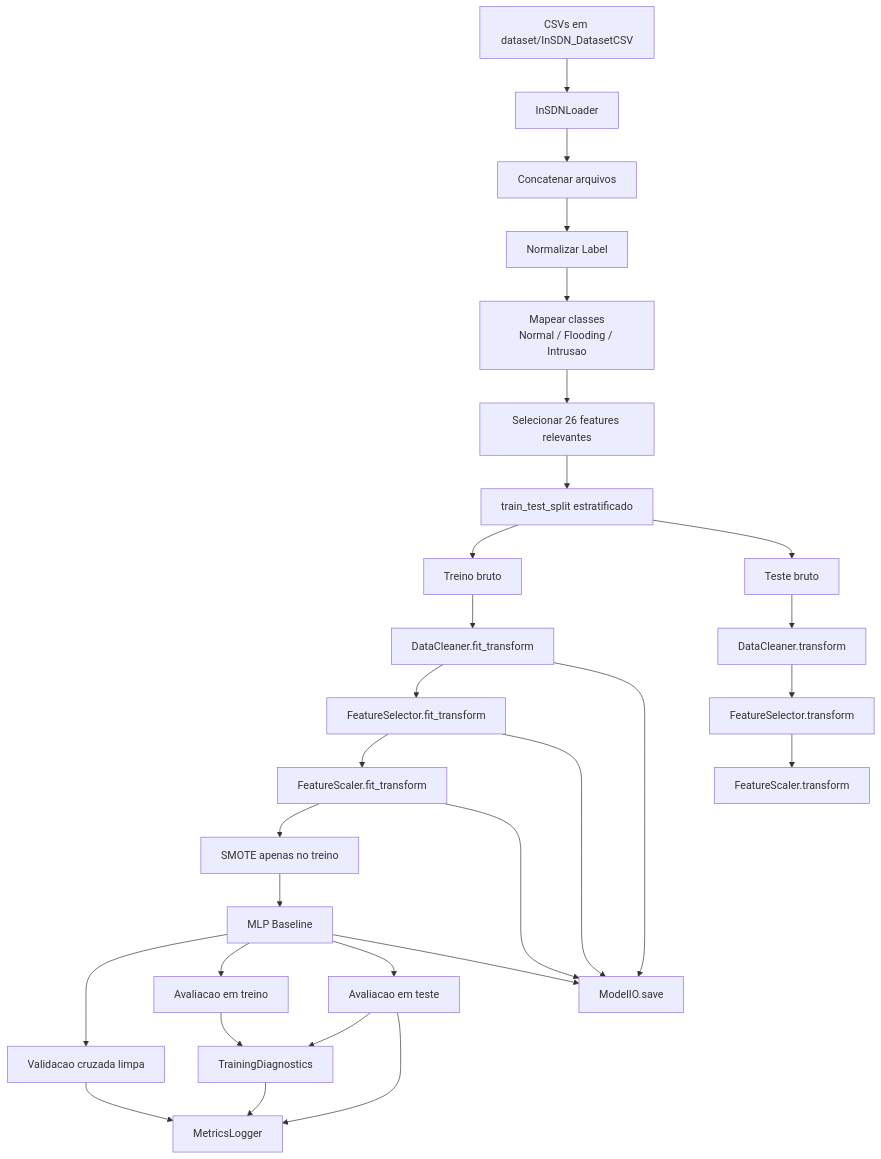
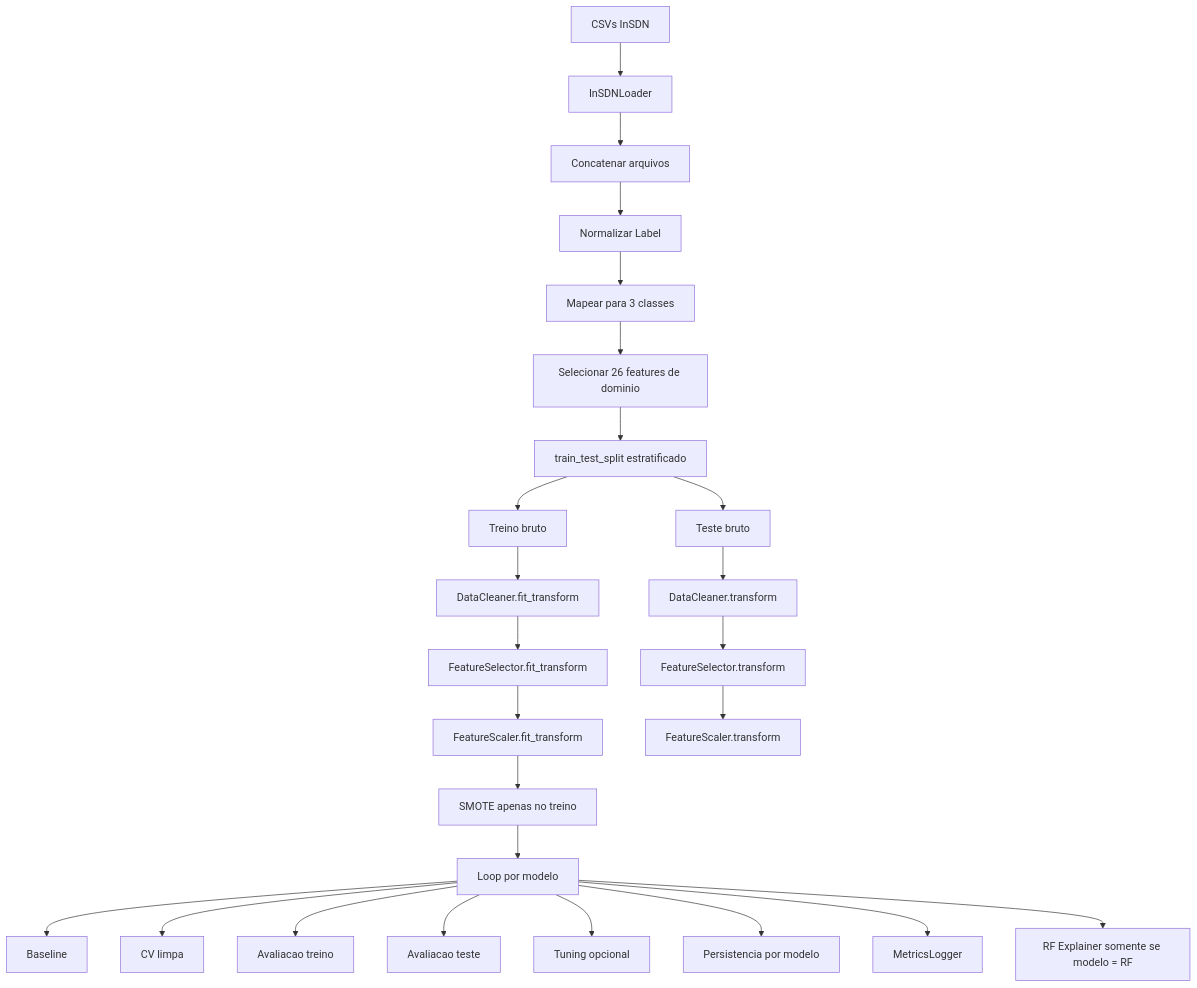
Before and after one commit to Joao-Victor01/sdn_ml_ddos_detection: the second of 4 diagrams in docs/documentacao_tecnica_ml.md, drawn with Mermaid. The commit also changed other lines of this file and 39 other files, not shown here.

````diff
--- a/docs/documentacao_tecnica_ml.md
+++ b/docs/documentacao_tecnica_ml.md
@@ -116,39 +122,34 @@
 ```mermaid
 graph TD
-    A[CSVs em dataset/InSDN_DatasetCSV] --> B[InSDNLoader]
+    A[CSVs InSDN] --> B[InSDNLoader]
     B --> C[Concatenar arquivos]
     C --> D[Normalizar Label]
-    D --> E[Mapear classes<br/>Normal / Flooding / Intrusao]
-    E --> F[Selecionar 26 features relevantes]
+    D --> E[Mapear para 3 classes]
+    E --> F[Selecionar 26 features de dominio]
     F --> G[train_test_split estratificado]
 
     G --> H[Treino bruto]
     G --> I[Teste bruto]
 
     H --> J[DataCleaner.fit_transform]
     I --> K[DataCleaner.transform]
 
     J --> L[FeatureSelector.fit_transform]
     K --> M[FeatureSelector.transform]
 
     L --> N[FeatureScaler.fit_transform]
     M --> O[FeatureScaler.transform]
 
     N --> P[SMOTE apenas no treino]
-    P --> Q[MLP Baseline]
+    P --> Q[Loop por modelo]
 
-    Q --> R[Validacao cruzada limpa]
-    Q --> S[Avaliacao em treino]
-    Q --> T[Avaliacao em teste]
+    Q --> R[Baseline]
+    Q --> S[CV limpa]
+    Q --> T[Avaliacao treino]
+    Q --> U[Avaliacao teste]
+    Q --> V[Tuning opcional]
+    Q --> W[Persistencia por modelo]
+    Q --> X[MetricsLogger]
 
-    S --> U[TrainingDiagnostics]
-    T --> U
-    R --> V[MetricsLogger]
-    U --> V
-    T --> V
-
-    Q --> W[ModelIO.save]
-    L --> W
-    J --> W
-    N --> W
+    Q --> Y[RF Explainer somente se modelo = RF]
 ```
````
